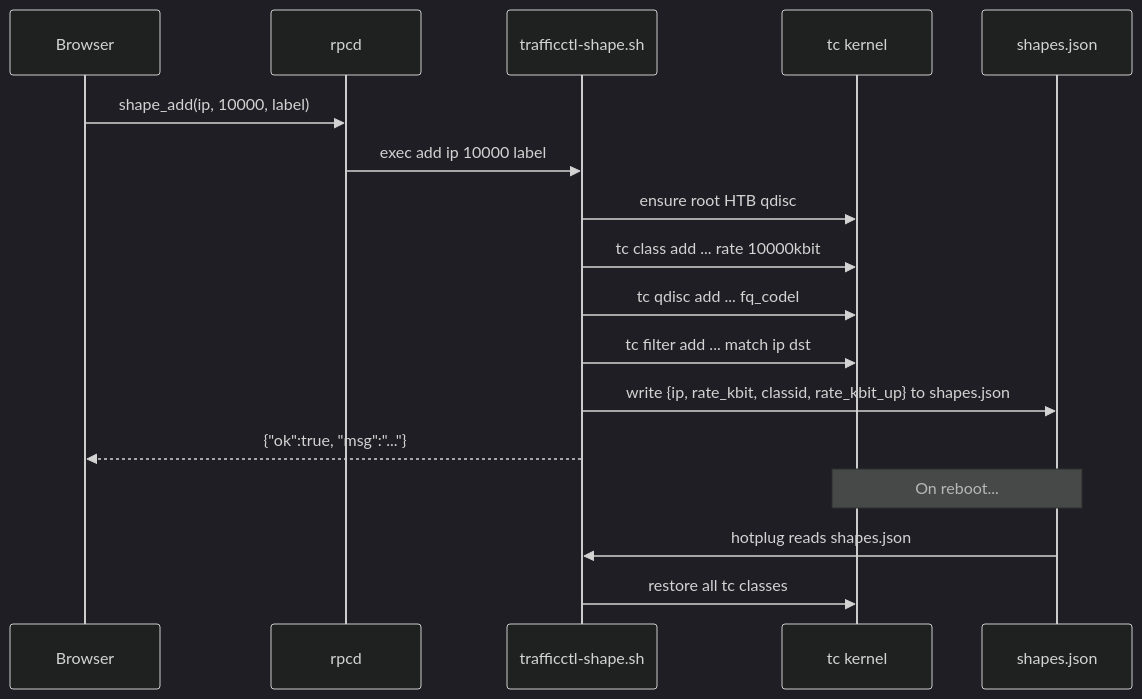
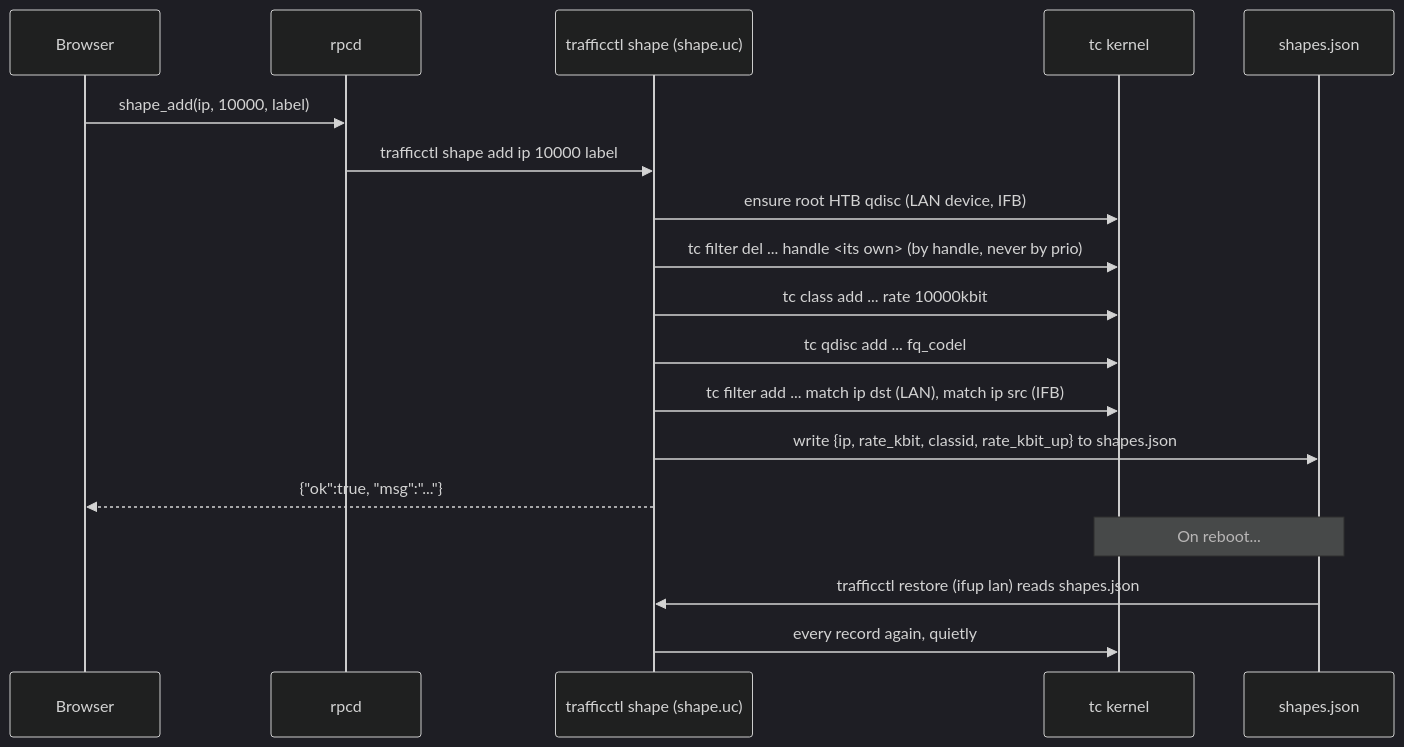
Before and after one commit to YusDyr/luci-app-trafficctl: the fourth of 6 diagrams in docs/ARCHITECTURE.md, drawn with Mermaid (dark theme). The commit also changed other lines of this file and 5 other files, not shown here.

Commit message:
docs(shape): trafficctl shape, its restore, the delete by handle, the test stand-ins

````diff
--- a/docs/ARCHITECTURE.md
+++ b/docs/ARCHITECTURE.md
@@ -154,21 +154,22 @@
 ```mermaid
 sequenceDiagram
     participant B as Browser
     participant R as rpcd
-    participant SH as trafficctl-shape.sh
+    participant SH as trafficctl shape (shape.uc)
     participant TC as tc kernel
     participant FS as shapes.json
 
     B->>R: shape_add(ip, 10000, label)
-    R->>SH: exec add ip 10000 label
-    SH->>TC: ensure root HTB qdisc
+    R->>SH: trafficctl shape add ip 10000 label
+    SH->>TC: ensure root HTB qdisc (LAN device, IFB)
+    SH->>TC: tc filter del ... handle <its own> (by handle, never by prio)
     SH->>TC: tc class add ... rate 10000kbit
     SH->>TC: tc qdisc add ... fq_codel
-    SH->>TC: tc filter add ... match ip dst
+    SH->>TC: tc filter add ... match ip dst (LAN), match ip src (IFB)
     SH->>FS: write {ip, rate_kbit, classid, rate_kbit_up} to shapes.json
     SH-->>B: {"ok":true, "msg":"..."}
 
     Note over TC,FS: On reboot...
-    FS->>SH: hotplug reads shapes.json
-    SH->>TC: restore all tc classes
+    FS->>SH: trafficctl restore (ifup lan) reads shapes.json
+    SH->>TC: every record again, quietly
 ```
````
